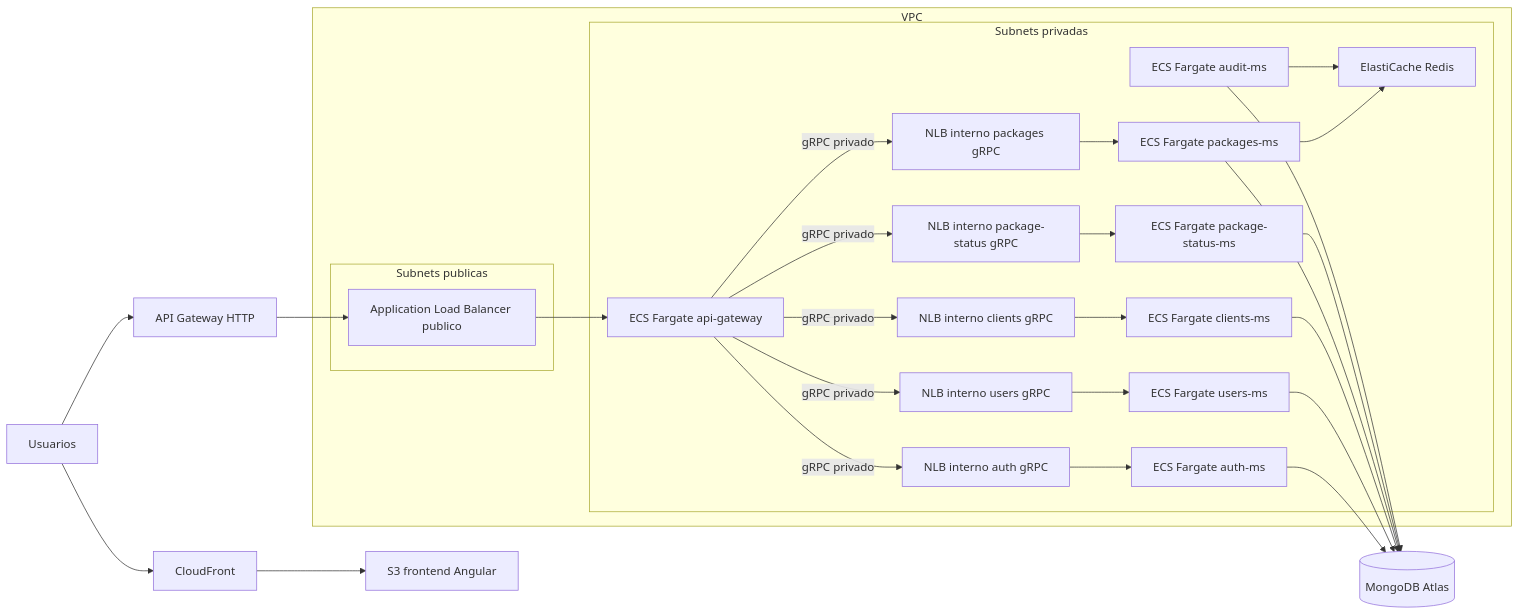
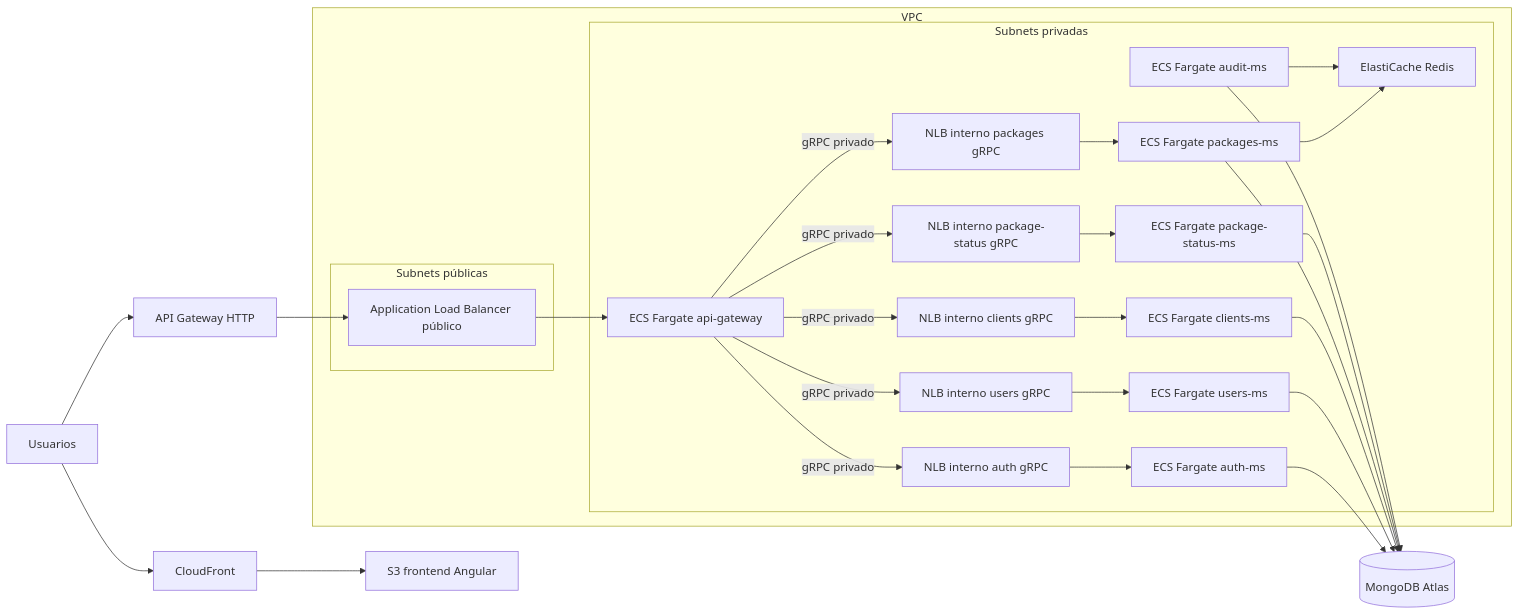
The diagram in README_DEPLOY_AWS.md (jucamo0713/tech-test-enviexpress), drawn with Mermaid before and after one commit. The commit also changed other lines of this file and 36 other files, not shown here.

````diff
--- a/README_DEPLOY_AWS.md
+++ b/README_DEPLOY_AWS.md
@@ -7,48 +7,48 @@
 ```mermaid
 flowchart LR
     U[Usuarios] --> CF[CloudFront]
     CF --> S3[S3 frontend Angular]
     U --> AGW[API Gateway HTTP]
-    AGW --> ALB[Application Load Balancer publico]
+    AGW --> ALB[Application Load Balancer público]
     ALB --> GW[ECS Fargate api-gateway]
 
     subgraph VPC[VPC]
-      subgraph Public[Subnets publicas]
+      subgraph Public[Subnets públicas]
         ALB
       end
       subgraph Private[Subnets privadas]
         GW
         NLB_AUTH[NLB interno auth gRPC]
         NLB_USERS[NLB interno users gRPC]
         NLB_CLIENTS[NLB interno clients gRPC]
         NLB_PACKAGES[NLB interno packages gRPC]
         NLB_STATUS[NLB interno package-status gRPC]
         AUTH[ECS Fargate auth-ms]
         USERS[ECS Fargate users-ms]
         CLIENTS[ECS Fargate clients-ms]
         PACKAGES[ECS Fargate packages-ms]
         STATUS[ECS Fargate package-status-ms]
         AUDIT[ECS Fargate audit-ms]
         REDIS[ElastiCache Redis]
       end
     end
 
     GW -->|gRPC privado| NLB_AUTH
     GW -->|gRPC privado| NLB_USERS
     GW -->|gRPC privado| NLB_CLIENTS
     GW -->|gRPC privado| NLB_PACKAGES
     GW -->|gRPC privado| NLB_STATUS
     NLB_AUTH --> AUTH
     NLB_USERS --> USERS
     NLB_CLIENTS --> CLIENTS
     NLB_PACKAGES --> PACKAGES
     NLB_STATUS --> STATUS
     PACKAGES --> REDIS
     AUDIT --> REDIS
     AUTH --> MONGO[(MongoDB Atlas)]
     USERS --> MONGO
     CLIENTS --> MONGO
     PACKAGES --> MONGO
     STATUS --> MONGO
     AUDIT --> MONGO
 ```
````
